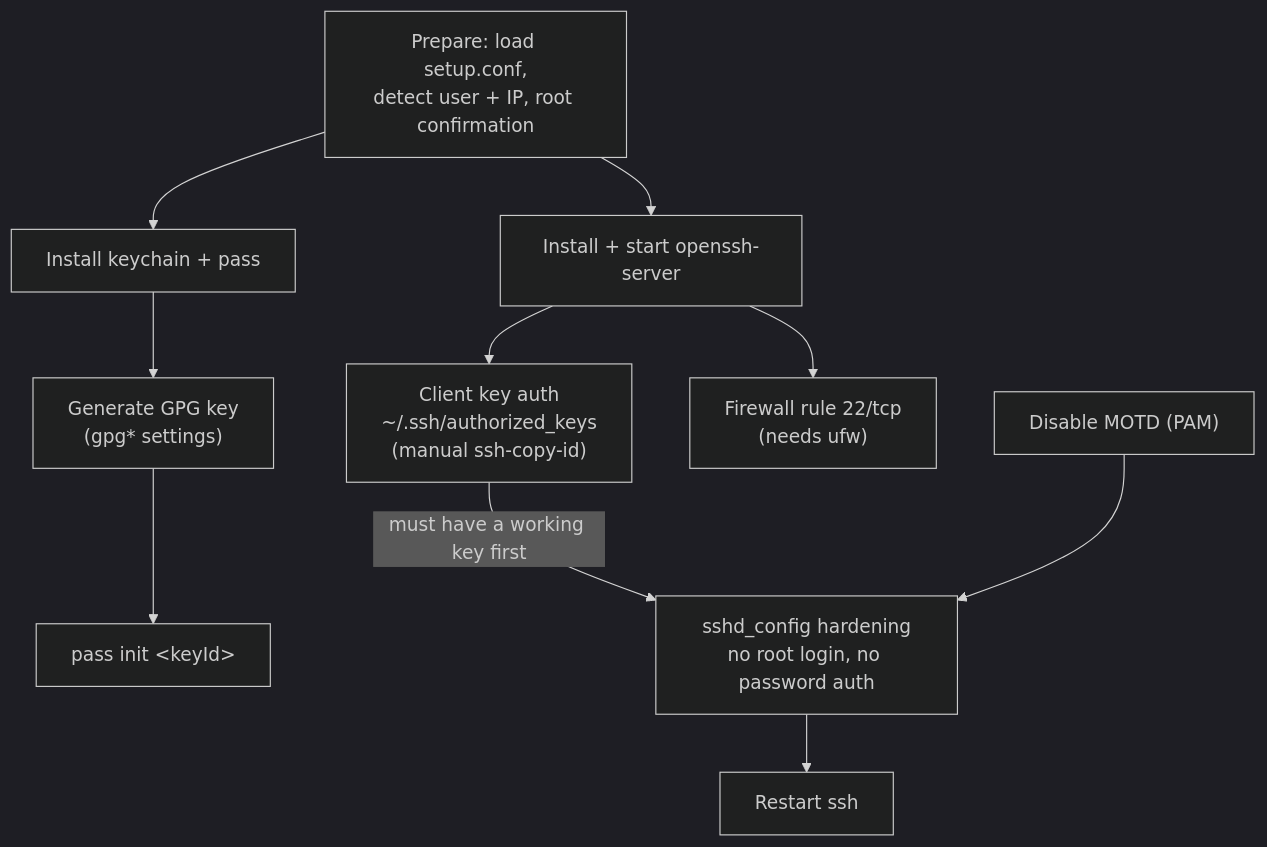
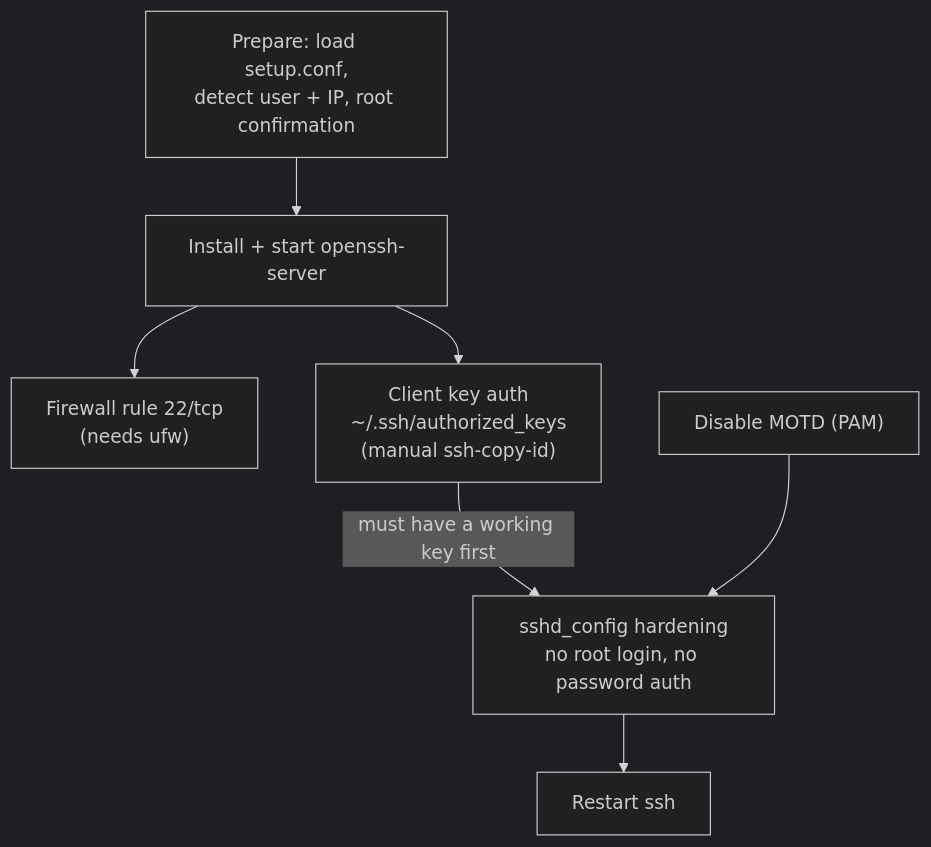
The third of 4 diagrams in DEPENDENCIES.md (norsemangrey/linux-setup-deployer), drawn with Mermaid (dark theme) before and after one commit. The commit also changed other lines of this file and 7 other files, not shown here.

First line of the commit message:
Add optional GPG/pass setup and feature selection config

````diff
--- a/DEPENDENCIES.md
+++ b/DEPENDENCIES.md
@@ -108,20 +119,16 @@
 ```mermaid
 flowchart TD
     S0["Prepare: load setup.conf,<br/>detect user + IP, root confirmation"]
     S1["Install + start openssh-server"]
     S2["Firewall rule 22/tcp<br/>(needs ufw)"]
-    S3["Install keychain + pass"]
-    S4["Generate GPG key<br/>(gpg* settings)"]
-    S5["pass init &lt;keyId&gt;"]
     S6["Client key auth<br/>~/.ssh/authorized_keys<br/>(manual ssh-copy-id)"]
     S7["Disable MOTD (PAM)"]
     S8["sshd_config hardening<br/>no root login, no password auth"]
     S9["Restart ssh"]
 
     S0 --> S1 --> S2
-    S0 --> S3 --> S4 --> S5
     S1 --> S6
     S6 -->|must have a working key first| S8
     S7 --> S8
     S8 --> S9
 ```
````
